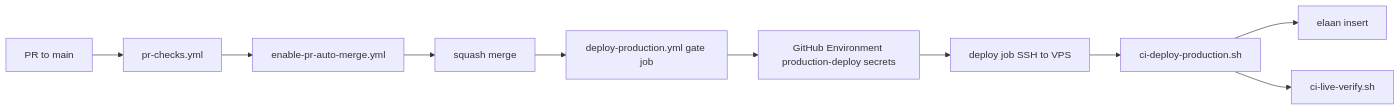
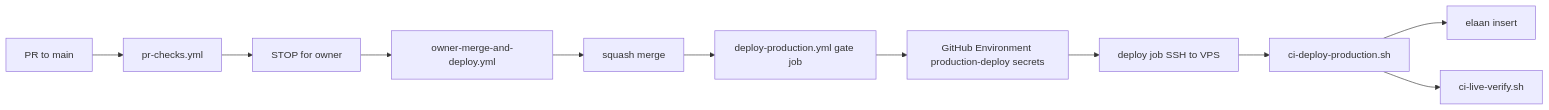
One commit to jawadrao5555-alt/taxnest changed the diagram in docs/architecture/21-deployment.md. Above: the diagram before and after it, drawn with Mermaid. The commit also changed other lines of this file and 23 other files, not shown here.

First line of the commit message:
ci: require owner approval to merge Cursor PRs and deploy production (#37)

````diff
--- a/docs/architecture/21-deployment.md
+++ b/docs/architecture/21-deployment.md
@@ -5,12 +5,13 @@
 ```mermaid
 flowchart LR
   PR[PR to main] --> Checks[pr-checks.yml]
-  Checks --> Auto[enable-pr-auto-merge.yml]
-  Auto --> Merge[squash merge]
+  Checks --> Stop[STOP for owner]
+  Stop --> Owner[owner-merge-and-deploy.yml]
+  Owner --> Merge[squash merge]
   Merge --> Gate[deploy-production.yml gate job]
   Gate --> Env[GitHub Environment production-deploy secrets]
   Env --> SSH[deploy job SSH to VPS]
   SSH --> Script[ci-deploy-production.sh]
   Script --> Elaan[elaan insert]
   Script --> Verify[ci-live-verify.sh]
 ```
````
